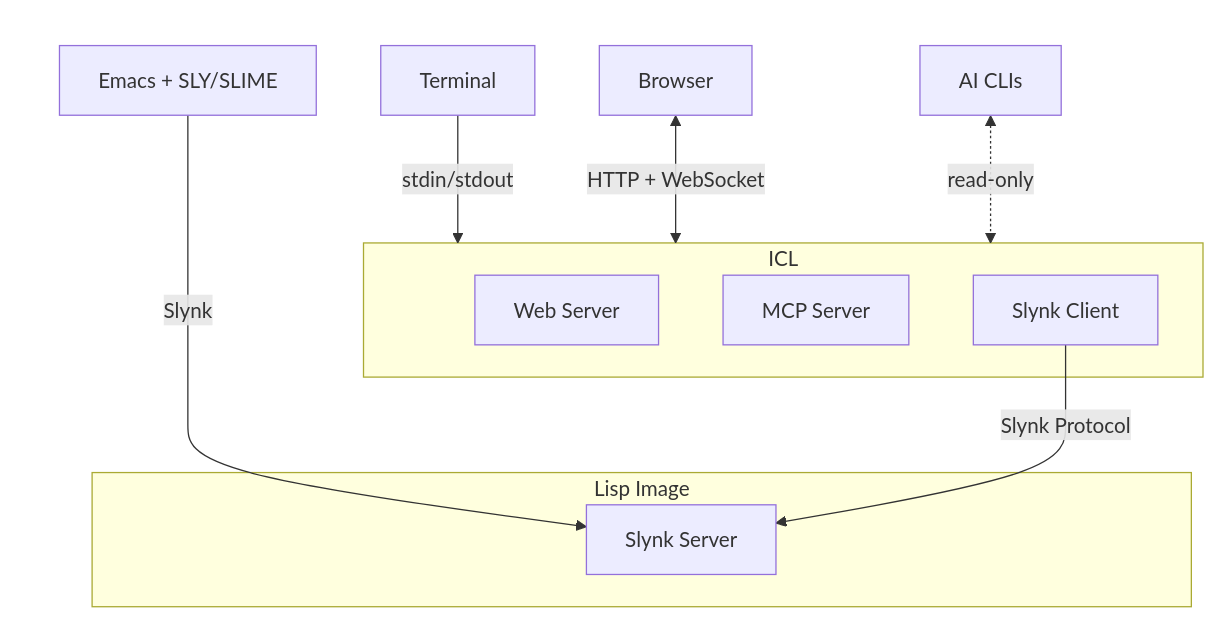
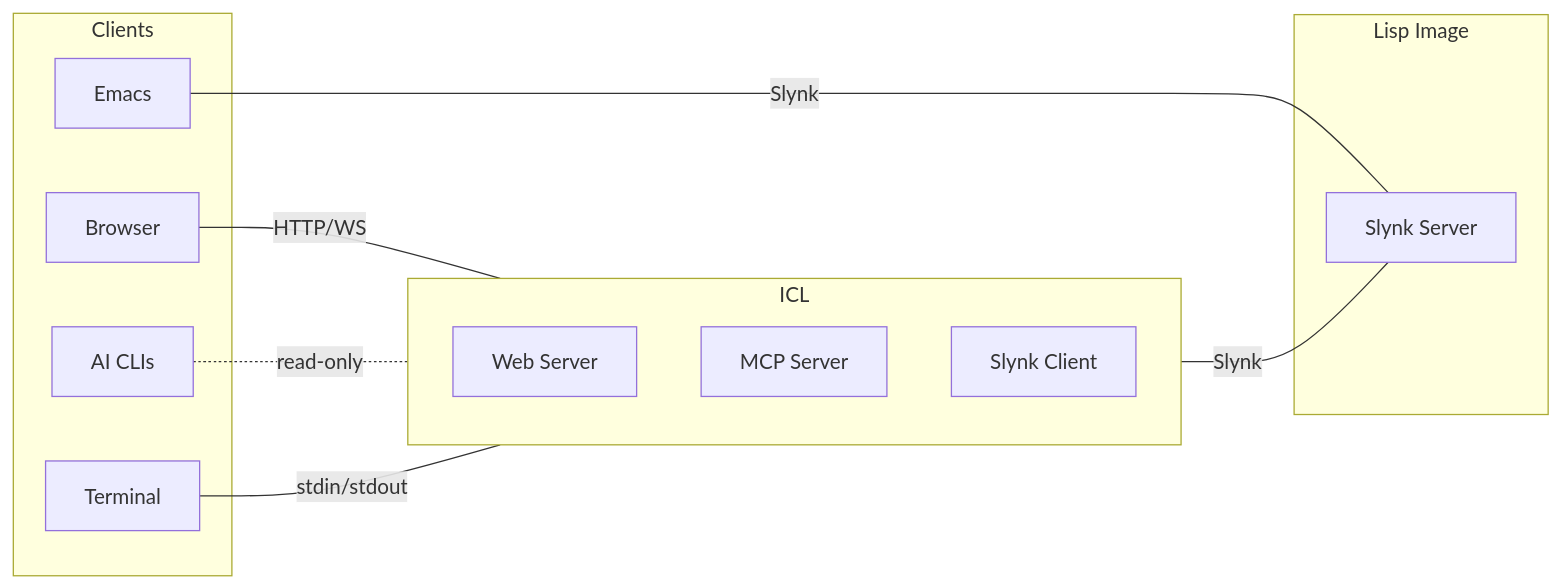
One commit to Passw/atgreen-icl changed the diagram in README.md. Above: the diagram before and after it, drawn with Mermaid.

Commit message:
Redesign diagram with LR layout and explicit connections
🤖 Generated with [Claude Code](https://claude.com/claude-code)

````diff
--- a/README.md
+++ b/README.md
@@ -511,27 +511,25 @@
 ```mermaid
-flowchart TD
-    subgraph ui [" "]
+flowchart LR
+    subgraph Clients
         Terminal
         Browser
-        Emacs["Emacs + SLY/SLIME"]
+        Emacs["Emacs"]
+        AI["AI CLIs"]
     end
 
-    Terminal -->|stdin/stdout| ICL
-    Browser <-->|HTTP + WebSocket| ICL
-    Emacs -->|Slynk| Slynk
-    AI["AI CLIs"] <-.->|read-only| ICL
-
     subgraph ICL
-        WebServer["Web Server"]
+        direction TB
+        Web["Web Server"]
         MCP["MCP Server"]
-        SlynkClient["Slynk Client"]
+        Client["Slynk Client"]
     end
 
-    SlynkClient -->|Slynk Protocol| Slynk
-
     subgraph Lisp ["Lisp Image"]
-        Slynk["Slynk Server"]
+        Server["Slynk Server"]
     end
 
-    style ui fill:none,stroke:none
+    Terminal ---|stdin/stdout| ICL
+    Browser ---|HTTP/WS| Web
+    AI -.-|read-only| MCP
+    Client & Emacs ---|Slynk| Server
 ```
````
